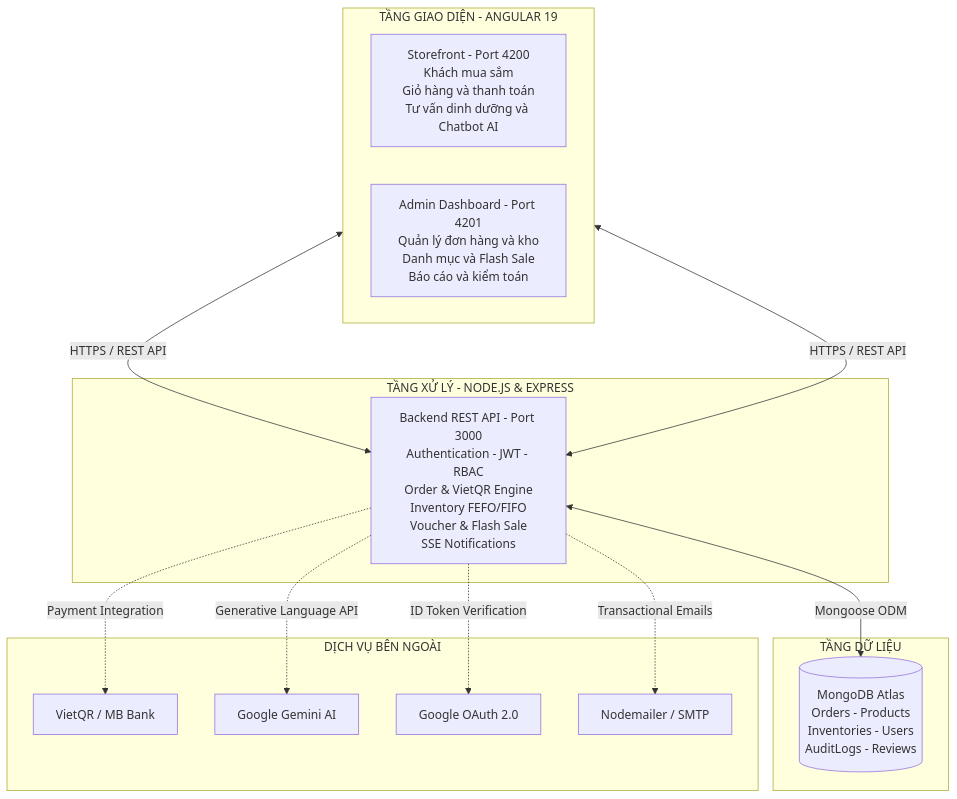
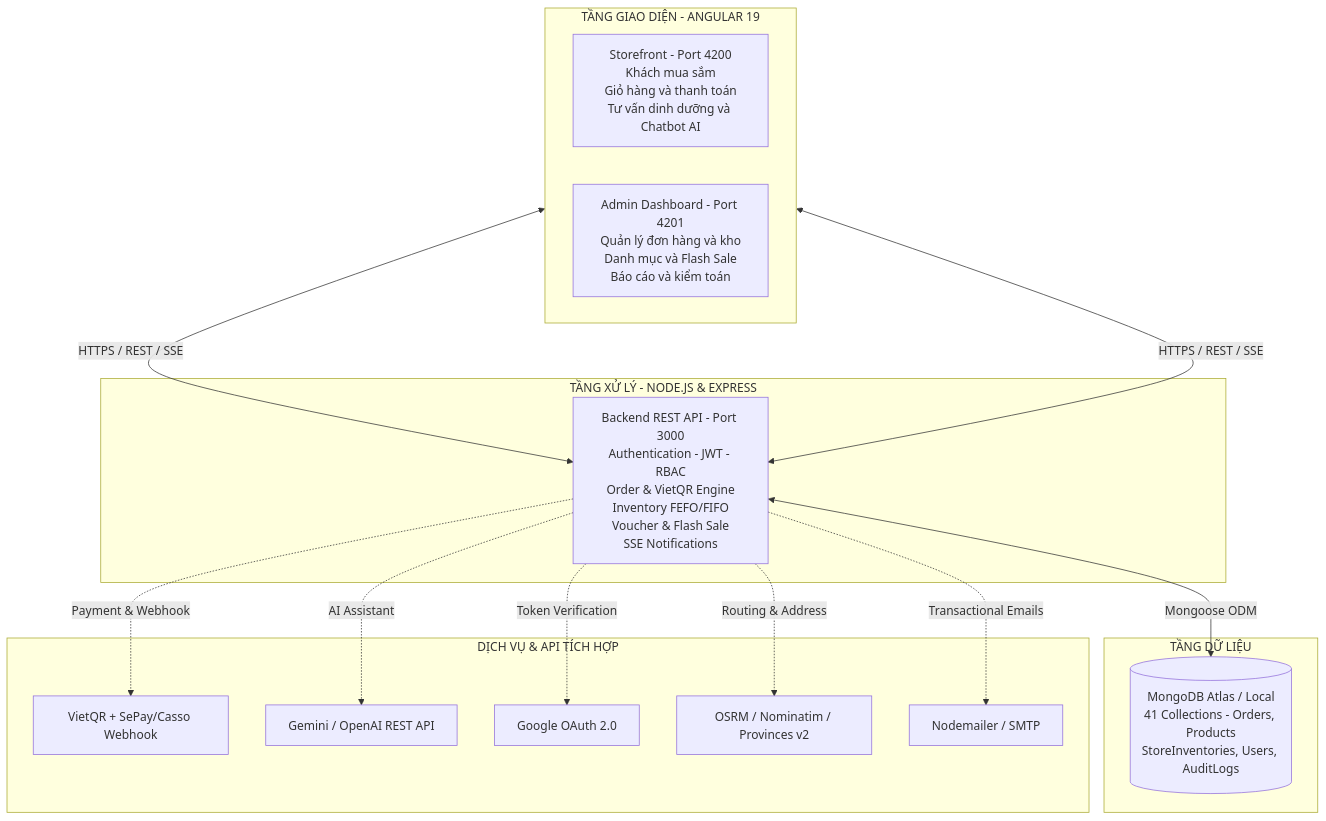
The diagram in README.md (ydtnk24411-oss/Nutrious-Web), drawn with Mermaid before and after one commit. The commit also changed other lines of this file and 5 other files, not shown here.

````diff
--- a/README.md
+++ b/README.md
@@ -40,32 +42,34 @@
 ```mermaid
 flowchart TD
     subgraph Clients["TẦNG GIAO DIỆN - ANGULAR 19"]
         direction LR
         Storefront["Storefront - Port 4200<br/>Khách mua sắm<br/>Giỏ hàng và thanh toán<br/>Tư vấn dinh dưỡng và Chatbot AI"]
         AdminPortal["Admin Dashboard - Port 4201<br/>Quản lý đơn hàng và kho<br/>Danh mục và Flash Sale<br/>Báo cáo và kiểm toán"]
     end
 
     subgraph BackendAPI["TẦNG XỬ LÝ - NODE.JS & EXPRESS"]
         API["Backend REST API - Port 3000<br/>Authentication - JWT - RBAC<br/>Order & VietQR Engine<br/>Inventory FEFO/FIFO<br/>Voucher & Flash Sale<br/>SSE Notifications"]
     end
 
     subgraph DataStore["TẦNG DỮ LIỆU"]
-        DB[("MongoDB Atlas<br/>Orders - Products<br/>Inventories - Users<br/>AuditLogs - Reviews")]
+        DB[("MongoDB Atlas / Local<br/>41 Collections - Orders, Products<br/>StoreInventories, Users, AuditLogs")]
     end
 
-    subgraph ExternalServices["DỊCH VỤ BÊN NGOÀI"]
-        VietQR["VietQR / MB Bank"]
-        Gemini["Google Gemini AI"]
+    subgraph ExternalServices["DỊCH VỤ & API TÍCH HỢP"]
+        VietQR["VietQR + SePay/Casso Webhook"]
+        Gemini["Gemini / OpenAI REST API"]
         OAuth["Google OAuth 2.0"]
+        Maps["OSRM / Nominatim / Provinces v2"]
         Email["Nodemailer / SMTP"]
     end
 
-    Storefront <--> |HTTPS / REST API| API
-    AdminPortal <--> |HTTPS / REST API| API
+    Storefront <--> |HTTPS / REST / SSE| API
+    AdminPortal <--> |HTTPS / REST / SSE| API
     API <--> |Mongoose ODM| DB
 
-    API -.-> |Payment Integration| VietQR
-    API -.-> |Generative Language API| Gemini
-    API -.-> |ID Token Verification| OAuth
+    API -.-> |Payment & Webhook| VietQR
+    API -.-> |AI Assistant| Gemini
+    API -.-> |Token Verification| OAuth
+    API -.-> |Routing & Address| Maps
     API -.-> |Transactional Emails| Email
 ```
````
